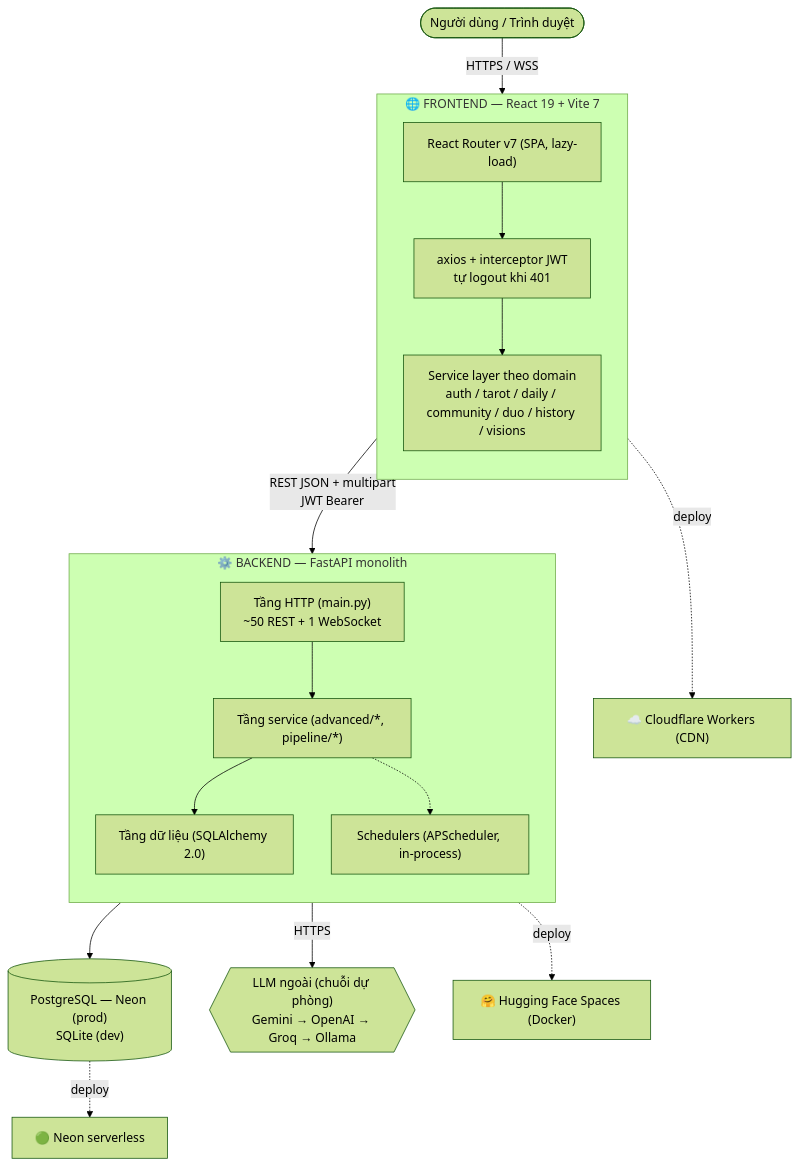
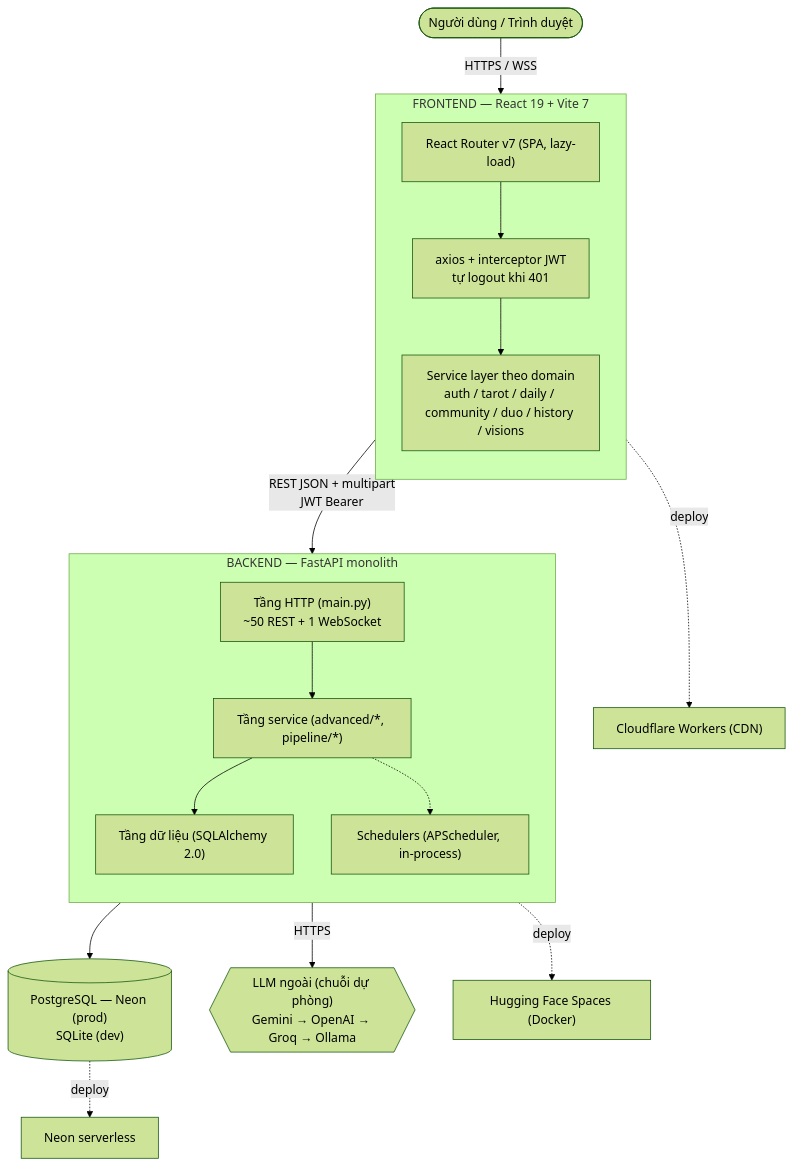
Before and after one commit to 0x-mpkane6/catarot: the first of 11 diagrams in docs/SO-DO-KIEN-TRUC.md, drawn with Mermaid (forest theme). The commit also changed other lines of this file and 31 other files, not shown here.

````diff
--- a/docs/SO-DO-KIEN-TRUC.md
+++ b/docs/SO-DO-KIEN-TRUC.md
@@ -10,34 +11,34 @@
 ```mermaid
 flowchart TB
     User([" Người dùng / Trình duyệt"])
 
-    subgraph FE["🌐 FRONTEND — React 19 + Vite 7"]
+    subgraph FE["FRONTEND — React 19 + Vite 7"]
         direction TB
         Router["React Router v7 (SPA, lazy-load)"]
         Axios["axios + interceptor JWT<br/>tự logout khi 401"]
         Services["Service layer theo domain<br/>auth / tarot / daily / community / duo / history / visions"]
         Router --> Axios --> Services
     end
 
-    subgraph BE["⚙️ BACKEND — FastAPI monolith"]
+    subgraph BE["BACKEND — FastAPI monolith"]
         direction TB
         HTTP["Tầng HTTP (main.py)<br/>~50 REST + 1 WebSocket"]
         Svc["Tầng service (advanced/*, pipeline/*)"]
         Data["Tầng dữ liệu (SQLAlchemy 2.0)"]
         Sched["Schedulers (APScheduler, in-process)"]
         HTTP --> Svc --> Data
         Svc -.-> Sched
     end
 
     DB[("PostgreSQL — Neon (prod)<br/>SQLite (dev)")]
     LLM{{"LLM ngoài (chuỗi dự phòng)<br/>Gemini → OpenAI → Groq → Ollama"}}
 
     User -->|"HTTPS / WSS"| FE
     FE -->|"REST JSON + multipart<br/>JWT Bearer"| BE
     Data --> DB
     Svc -->|"HTTPS"| LLM
 
-    FE -.->|"deploy"| CF["☁️ Cloudflare Workers (CDN)"]
-    BE -.->|"deploy"| HF["🤗 Hugging Face Spaces (Docker)"]
-    DB -.->|"deploy"| NE["🟢 Neon serverless"]
+    FE -.->|"deploy"| CF["Cloudflare Workers (CDN)"]
+    BE -.->|"deploy"| HF["Hugging Face Spaces (Docker)"]
+    DB -.->|"deploy"| NE["Neon serverless"]
 ```
````
